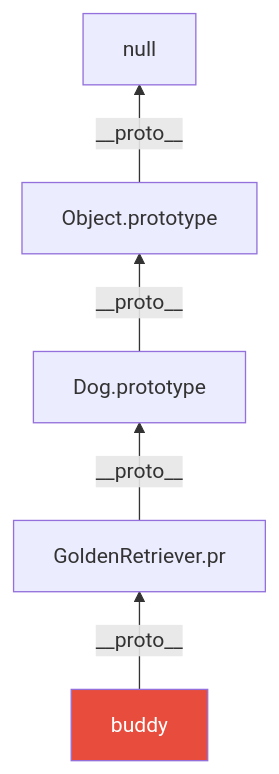
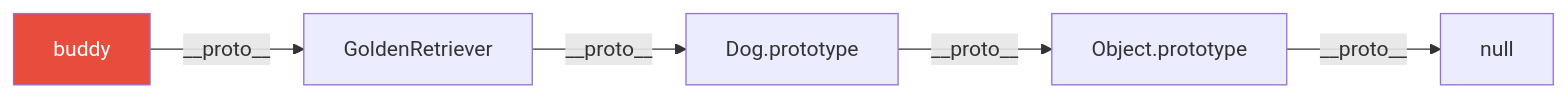
One commit to yjkim2015/yjkim2015.github.io changed the fifth of 6 diagrams in _posts/frontend/2026-05-02-js-prototype.md. Above: the diagram before and after it, drawn with Mermaid. The commit also changed other lines of this file and 245 other files, not shown here.

First line of the commit message:
Mermaid 다이어그램 전면 수정 + 면접 포인트 접기/펼치기 + DB 데드락 페이지

````diff
--- a/_posts/frontend/2026-05-02-js-prototype.md
+++ b/_posts/frontend/2026-05-02-js-prototype.md
@@ -284,10 +283,8 @@
 ```mermaid
-graph BT
-    BUDDY["buddy"]
-    GR["GoldenRetriever.pr"]
-    DOG["Dog.prototype"]
-    OBJ["Object.prototype"]
-    NULL[null]
-    BUDDY -->|__proto__| GR -->|__proto__| DOG -->|__proto__| OBJ -->|__proto__| NULL
+graph LR
+    BUDDY["buddy"] -->|"__proto__"| GR["GoldenRetriever"]
+    GR -->|"__proto__"| DOG["Dog.prototype"]
+    DOG -->|"__proto__"| OBJ["Object.prototype"]
+    OBJ -->|"__proto__"| NULL["null"]
     style BUDDY fill:#e74c3c,color:#fff
 ```
````
